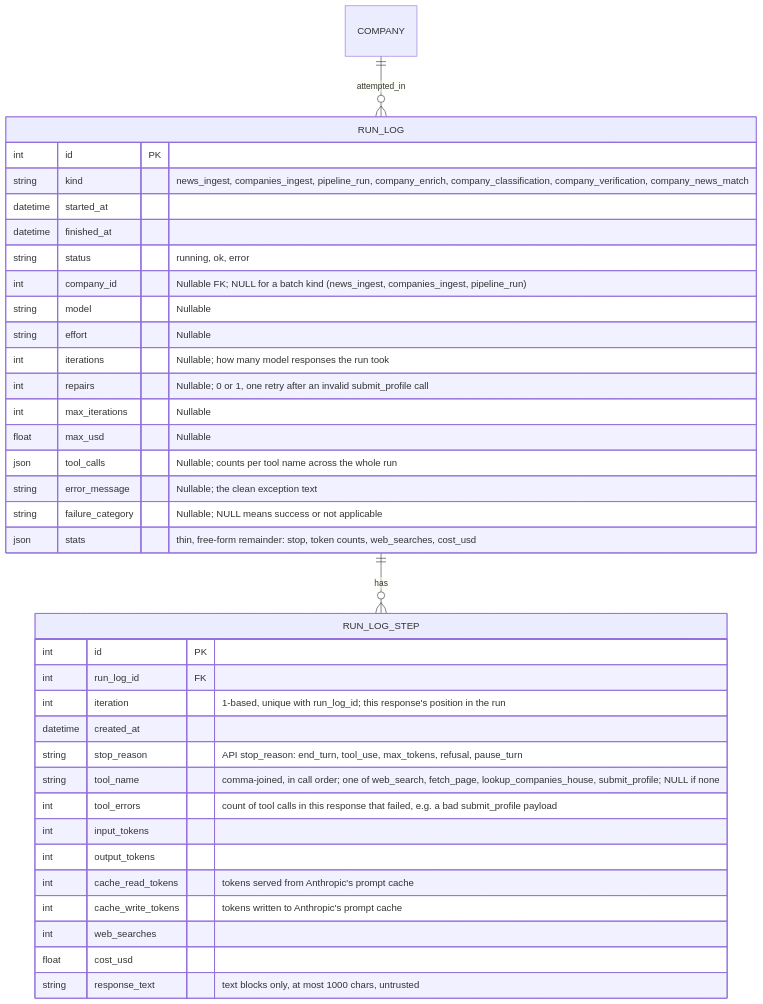
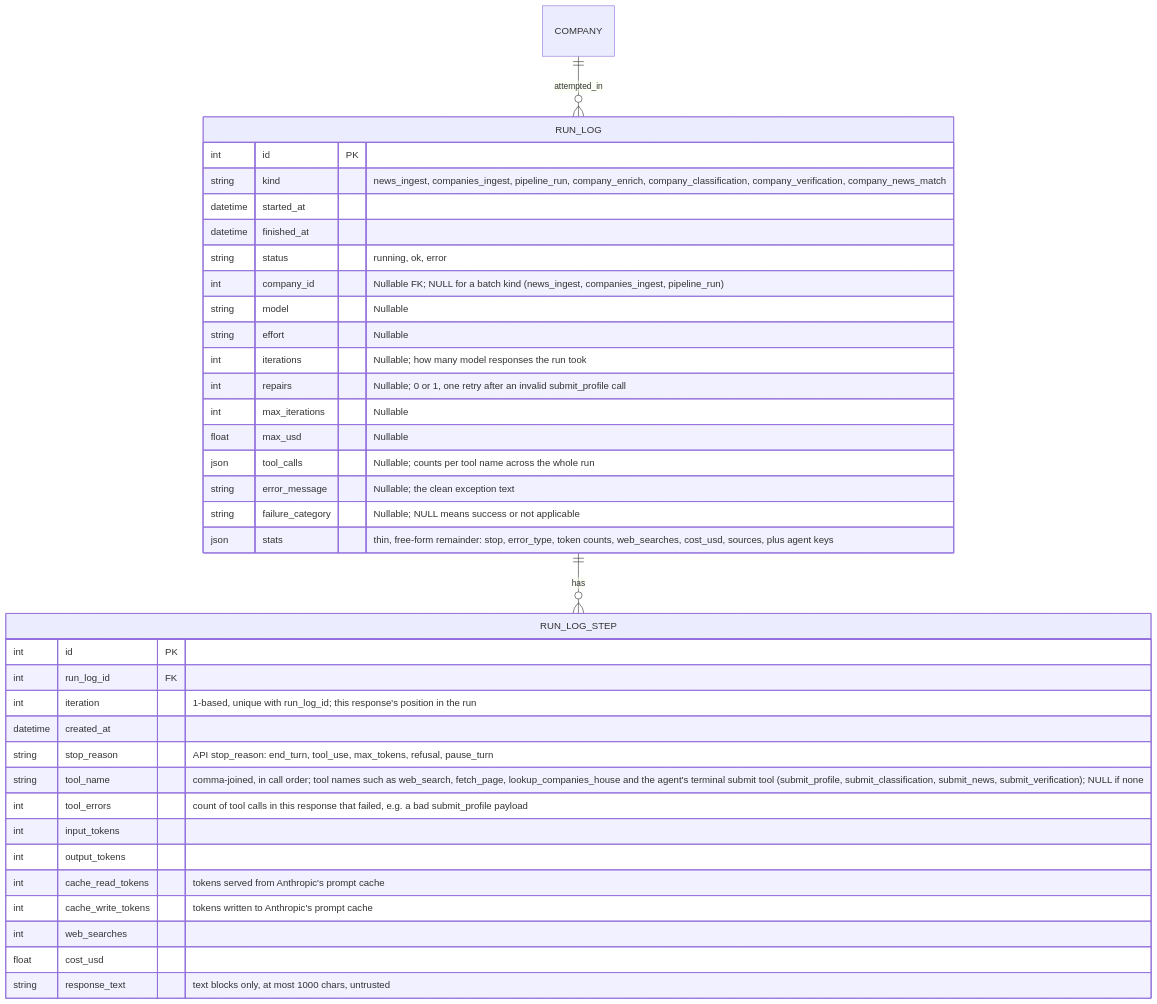
The second of 2 diagrams in docs/architecture/2. data-model.md (Farzaanee/sprout), drawn with Mermaid before and after one commit. The commit also changed other lines of this file and 13 other files, not shown here.

Commit message:
sync architecture docs after phase 6 build

````diff
--- a/docs/architecture/2. data-model.md
+++ b/docs/architecture/2. data-model.md
@@ -84,39 +84,39 @@
 ```mermaid
 erDiagram
     COMPANY ||--o{ RUN_LOG : attempted_in
     RUN_LOG ||--o{ RUN_LOG_STEP : has
     RUN_LOG {
         int id PK
         string kind "news_ingest, companies_ingest, pipeline_run, company_enrich, company_classification, company_verification, company_news_match"
         datetime started_at
         datetime finished_at
         string status "running, ok, error"
         int company_id "Nullable FK; NULL for a batch kind (news_ingest, companies_ingest, pipeline_run)"
         string model "Nullable"
         string effort "Nullable"
         int iterations "Nullable; how many model responses the run took"
         int repairs "Nullable; 0 or 1, one retry after an invalid submit_profile call"
         int max_iterations "Nullable"
         float max_usd "Nullable"
         json tool_calls "Nullable; counts per tool name across the whole run"
         string error_message "Nullable; the clean exception text"
         string failure_category "Nullable; NULL means success or not applicable"
-        json stats "thin, free-form remainder: stop, token counts, web_searches, cost_usd"
+        json stats "thin, free-form remainder: stop, error_type, token counts, web_searches, cost_usd, sources, plus agent keys"
     }
     RUN_LOG_STEP {
         int id PK
         int run_log_id FK
         int iteration "1-based, unique with run_log_id; this response's position in the run"
         datetime created_at
         string stop_reason "API stop_reason: end_turn, tool_use, max_tokens, refusal, pause_turn"
-        string tool_name "comma-joined, in call order; one of web_search, fetch_page, lookup_companies_house, submit_profile; NULL if none"
+        string tool_name "comma-joined, in call order; tool names such as web_search, fetch_page, lookup_companies_house and the agent's terminal submit tool (submit_profile, submit_classification, submit_news, submit_verification); NULL if none"
         int tool_errors "count of tool calls in this response that failed, e.g. a bad submit_profile payload"
         int input_tokens
         int output_tokens
         int cache_read_tokens "tokens served from Anthropic's prompt cache"
         int cache_write_tokens "tokens written to Anthropic's prompt cache"
         int web_searches
         float cost_usd
         string response_text "text blocks only, at most 1000 chars, untrusted"
     }
 ```
````
